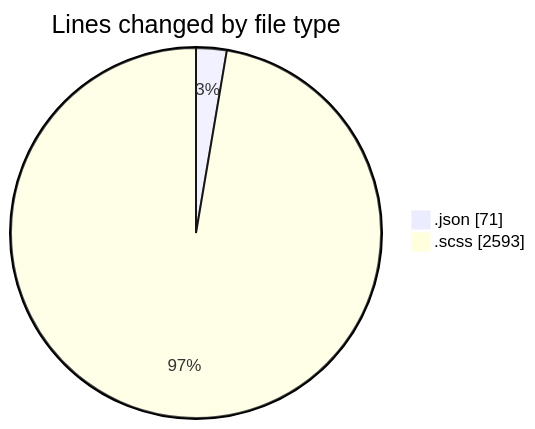
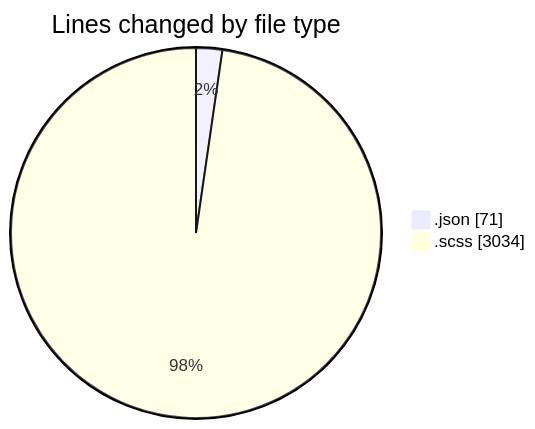
Before and after one commit to momahboobian/code-tracking: the first of 2 diagrams in 2026-01-22/cda/README.md, drawn with Mermaid. The commit also changed other lines of this file and 1 other file, not shown here.

````diff
--- a/2026-01-22/cda/README.md
+++ b/2026-01-22/cda/README.md
@@ -36,6 +37,6 @@
 ```mermaid
 pie showData
 title Lines changed by file type
 ".json" : 71
-".scss" : 2593
+".scss" : 3034
 ```
````
